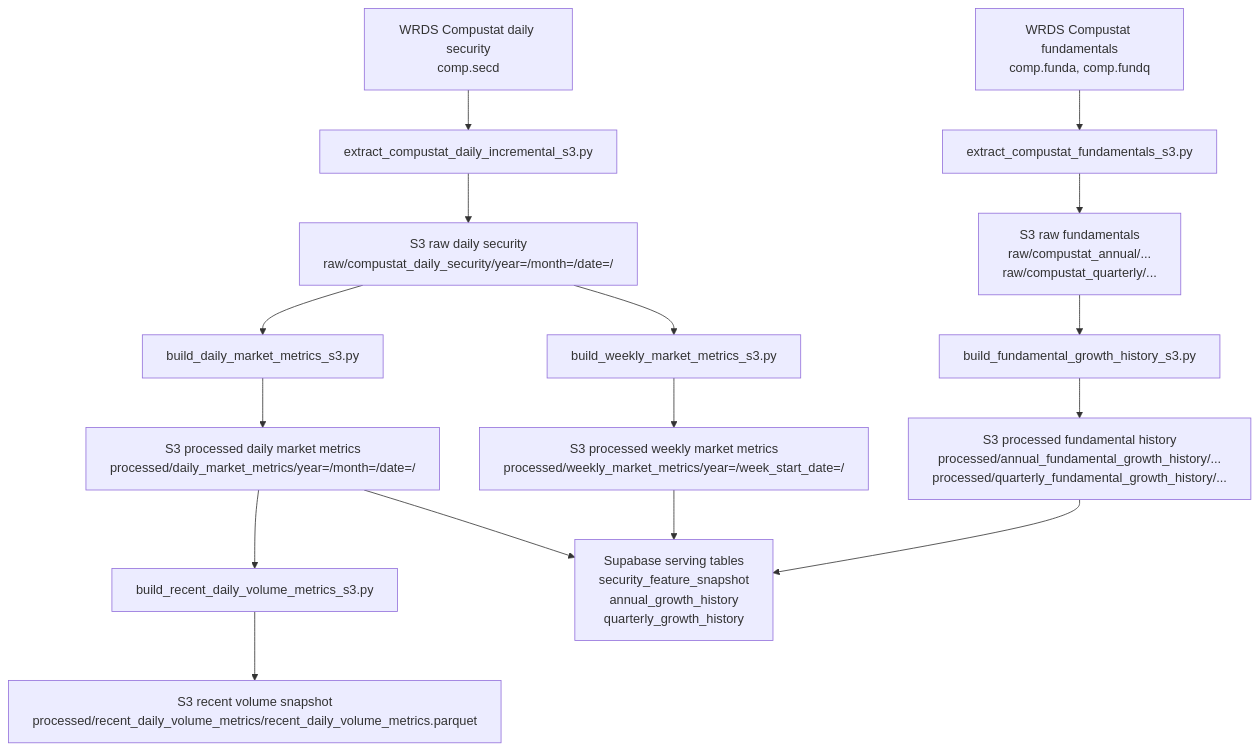
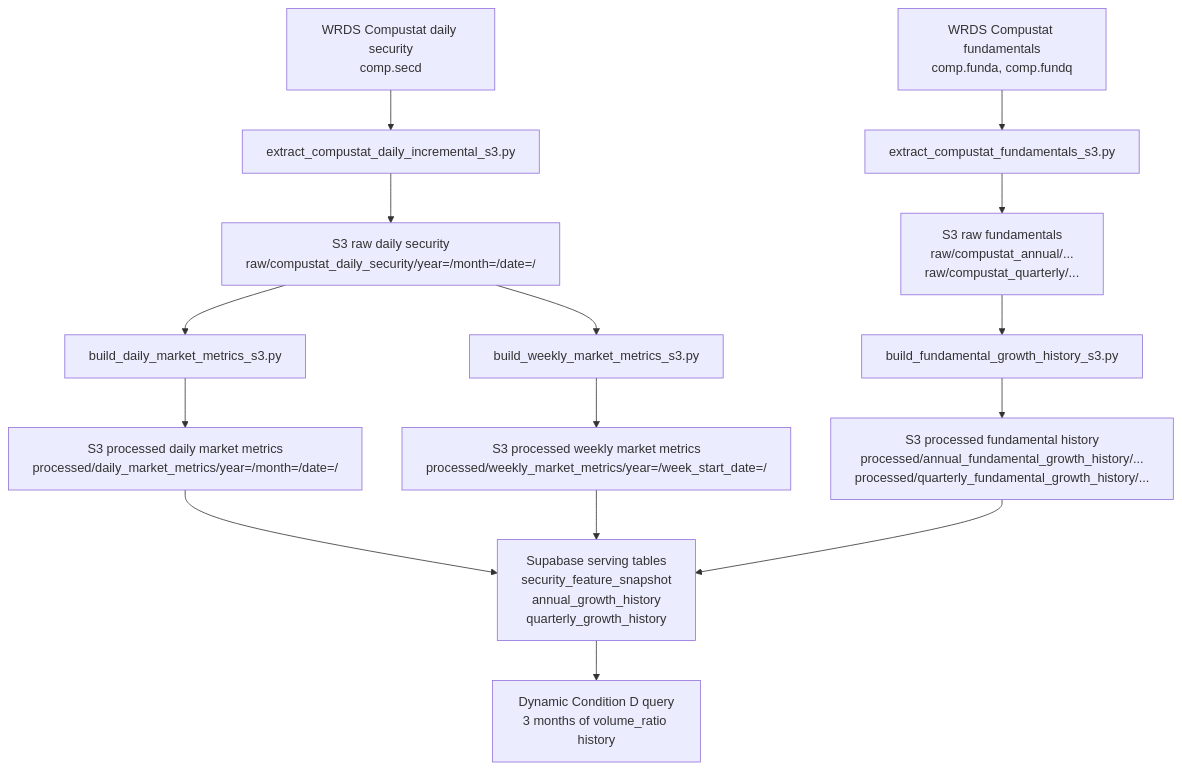
The diagram in docs/full_pipeline_data_flow.md (ysnoGit/nasdaq-stock-recommendation), drawn with Mermaid before and after one commit. The commit also changed other lines of this file and 9 other files, not shown here.

Commit message:
remove daily-volumn-metrics from the pipeline

````diff
--- a/docs/full_pipeline_data_flow.md
+++ b/docs/full_pipeline_data_flow.md
@@ -60,24 +59,22 @@
 ```mermaid
 flowchart TD
     WRDSF["WRDS Compustat fundamentals<br/>comp.funda, comp.fundq"] --> EF["extract_compustat_fundamentals_s3.py"]
     WRDSD["WRDS Compustat daily security<br/>comp.secd"] --> ED["extract_compustat_daily_incremental_s3.py"]
 
     EF --> RAWF["S3 raw fundamentals<br/>raw/compustat_annual/...<br/>raw/compustat_quarterly/..."]
     ED --> RAWD["S3 raw daily security<br/>raw/compustat_daily_security/year=/month=/date=/"]
 
     RAWF --> FGH["build_fundamental_growth_history_s3.py"]
     FGH --> PFH["S3 processed fundamental history<br/>processed/annual_fundamental_growth_history/...<br/>processed/quarterly_fundamental_growth_history/..."]
 
     RAWD --> DMM["build_daily_market_metrics_s3.py"]
     RAWD --> WMM["build_weekly_market_metrics_s3.py"]
 
     DMM --> PDM["S3 processed daily market metrics<br/>processed/daily_market_metrics/year=/month=/date=/"]
     WMM --> PWM["S3 processed weekly market metrics<br/>processed/weekly_market_metrics/year=/week_start_date=/"]
 
-    PDM --> RDV["build_recent_daily_volume_metrics_s3.py"]
-    RDV --> PRV["S3 recent volume snapshot<br/>processed/recent_daily_volume_metrics/recent_daily_volume_metrics.parquet"]
-
     PDM --> SUPA["Supabase serving tables<br/>security_feature_snapshot<br/>annual_growth_history<br/>quarterly_growth_history"]
     PWM --> SUPA
     PFH --> SUPA
+    SUPA --> DYN["Dynamic Condition D query<br/>3 months of volume_ratio history"]
 ```
````
